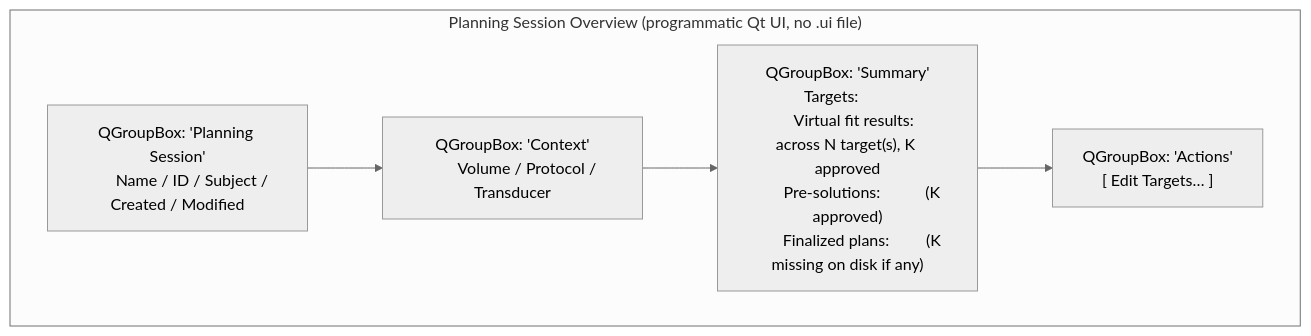
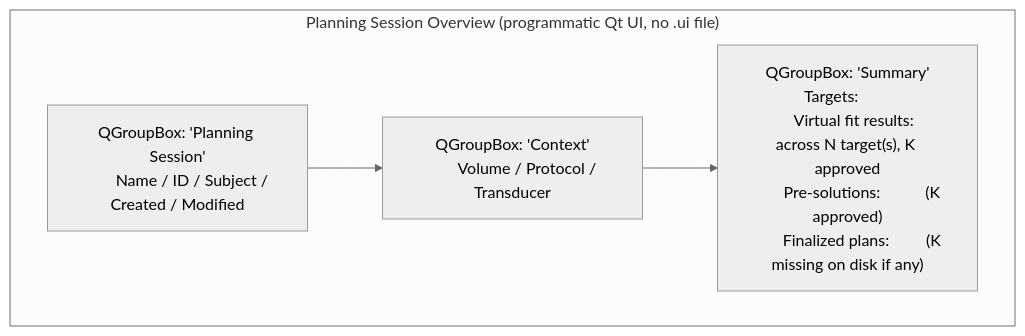
One commit to OpenwaterHealth/SlicerOpenLIFU changed the diagram in docs/pages/planning-session-overview.md. Above: the diagram before and after it, drawn with Mermaid (neutral theme). The commit also changed other lines of this file and 6 other files, not shown here.

First line of the commit message:
Planning Overview on the timeline; drop Edit Targets; cap table height (#642)

````diff
--- a/docs/pages/planning-session-overview.md
+++ b/docs/pages/planning-session-overview.md
@@ -27,17 +27,15 @@
 ```mermaid
 flowchart TB
     subgraph PSO["Planning Session Overview (programmatic Qt UI, no .ui file)"]
       HEAD["QGroupBox: 'Planning Session'
         Name / ID / Subject / Created / Modified"]
       CTX["QGroupBox: 'Context'
         Volume / Protocol / Transducer"]
       SUM["QGroupBox: 'Summary'
         Targets:                <count>
         Virtual fit results:    <count> across N target(s), K approved
         Pre-solutions:          <count> (K approved)
         Finalized plans:        <count> (K missing on disk if any)"]
-      ACT["QGroupBox: 'Actions'
-        [ Edit Targets… ]"]
-      HEAD --> CTX --> SUM --> ACT
+      HEAD --> CTX --> SUM
     end
 ```
````
